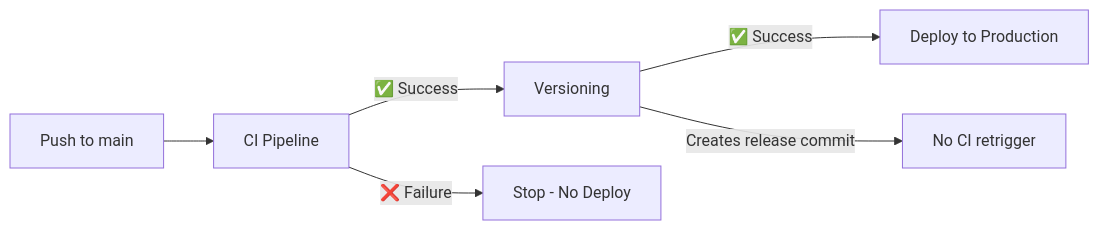
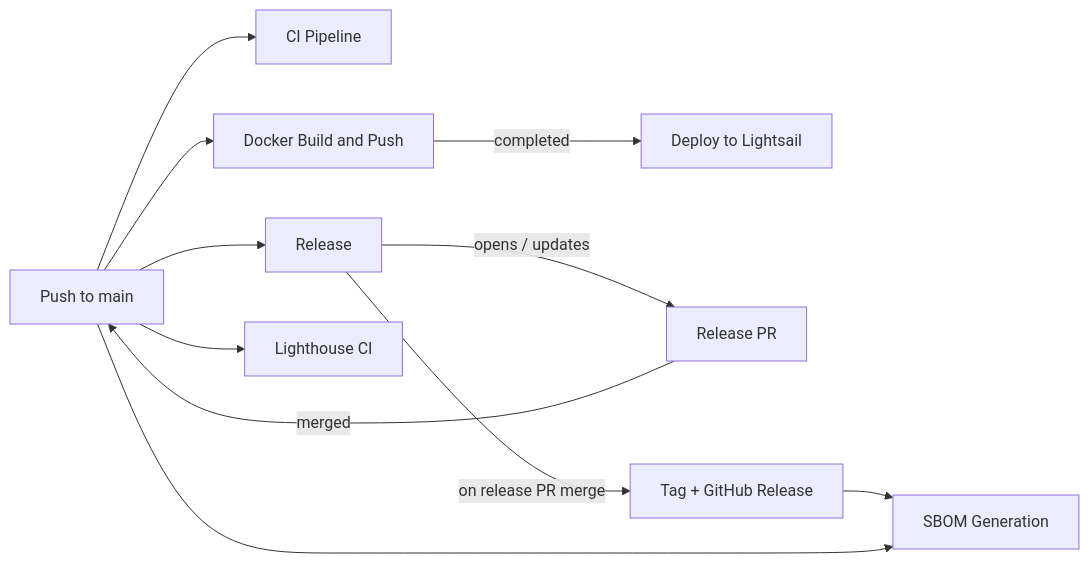
Before and after one commit to xavisavvy/toa-website: the diagram in docs/WORKFLOW_CHAIN.md, drawn with Mermaid. The commit also changed other lines of this file and 11 other files, not shown here.

````diff
--- a/docs/WORKFLOW_CHAIN.md
+++ b/docs/WORKFLOW_CHAIN.md
@@ -11,8 +6,13 @@
 ```mermaid
 graph LR
-    A[Push to main] --> B[CI Pipeline]
-    B -->|✅ Success| C[Versioning]
-    C -->|✅ Success| D[Deploy to Production]
-    B -->|❌ Failure| E[Stop - No Deploy]
-    C -->|Creates release commit| F[No CI retrigger]
+    P[Push to main] --> CI[CI Pipeline]
+    P --> D[Docker Build and Push]
+    D -->|completed| L[Deploy to Lightsail]
+    P --> R[Release]
+    R -->|opens / updates| RPR[Release PR]
+    RPR -->|merged| P
+    R -->|on release PR merge| T[Tag + GitHub Release]
+    T --> S[SBOM Generation]
+    P --> S
+    P --> LH[Lighthouse CI]
 ```
````
